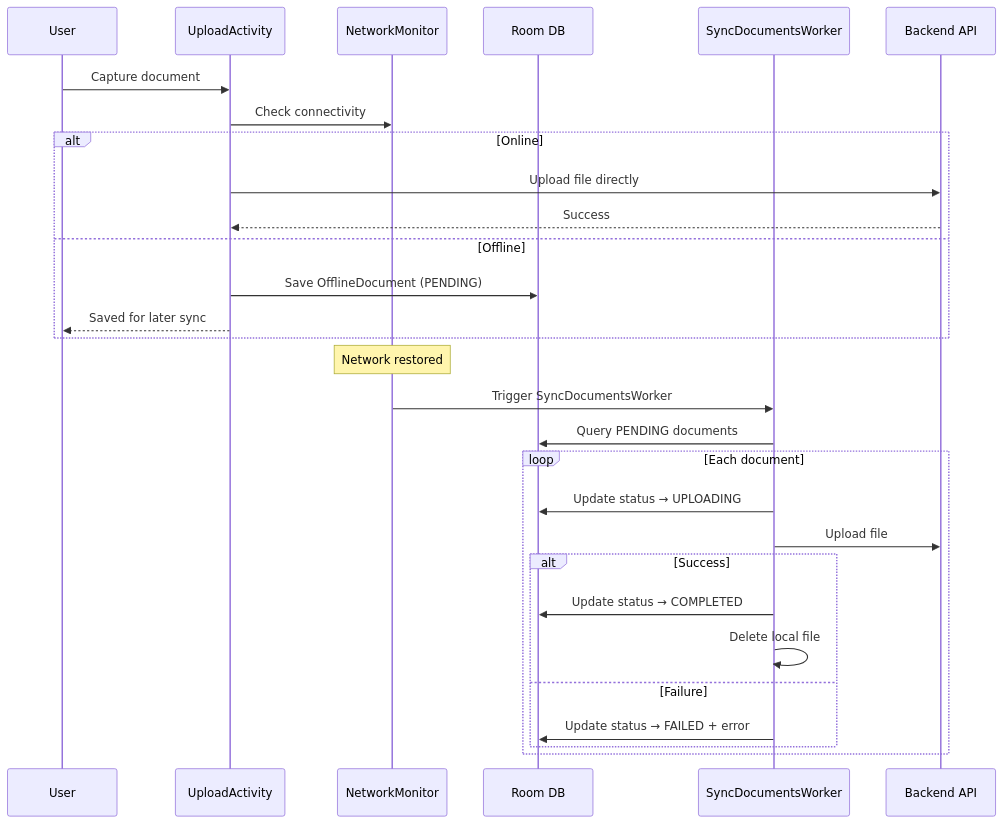
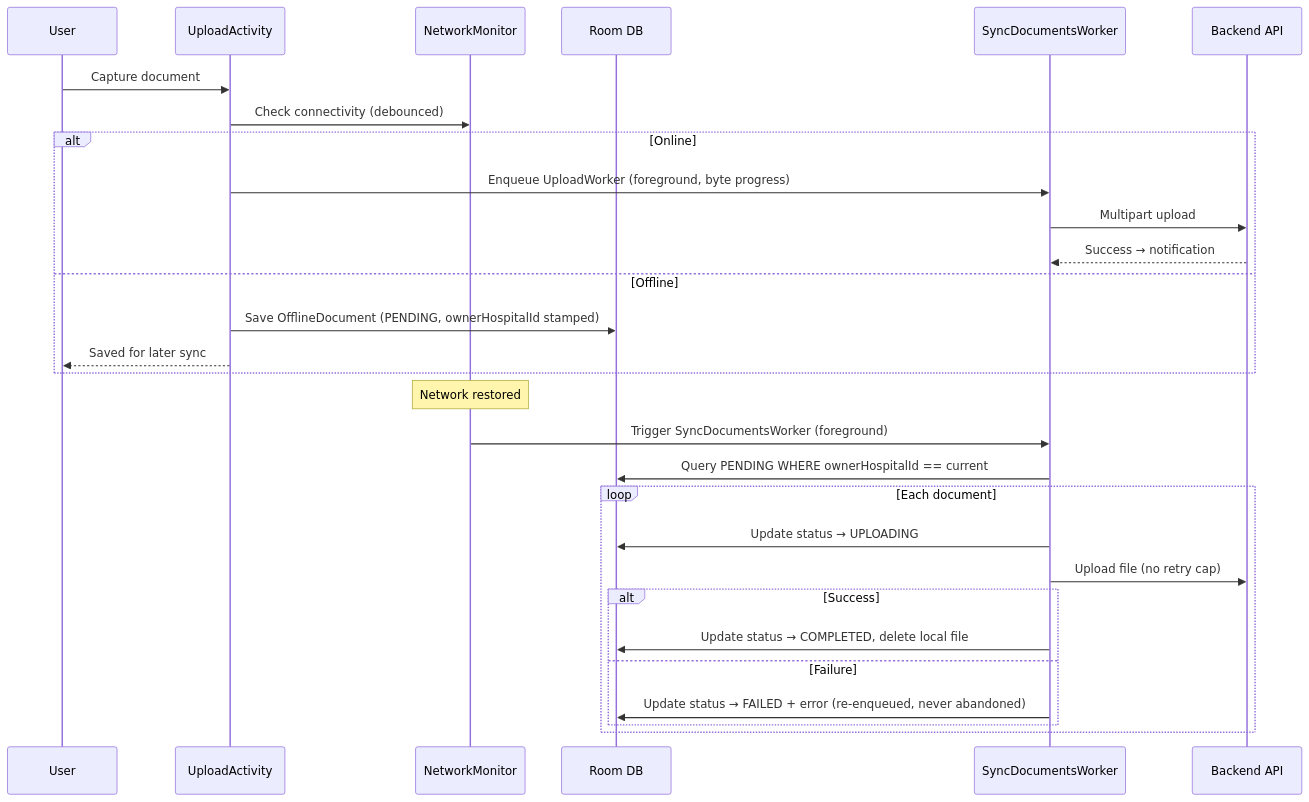
The third of 5 diagrams in android-app/README.md (urvagandhi/Hospital-Management), drawn with Mermaid before and after one commit. The commit also changed other lines of this file and 17 other files, not shown here.

````diff
--- a/android-app/README.md
+++ b/android-app/README.md
@@ -118,34 +141,34 @@
 ```mermaid
 sequenceDiagram
     participant U as User
     participant A as UploadActivity
     participant N as NetworkMonitor
     participant R as Room DB
     participant W as SyncDocumentsWorker
     participant S as Backend API
 
     U->>A: Capture document
-    A->>N: Check connectivity
+    A->>N: Check connectivity (debounced)
 
     alt Online
-        A->>S: Upload file directly
-        S-->>A: Success
+        A->>W: Enqueue UploadWorker (foreground, byte progress)
+        W->>S: Multipart upload
+        S-->>W: Success → notification
     else Offline
-        A->>R: Save OfflineDocument (PENDING)
+        A->>R: Save OfflineDocument (PENDING, ownerHospitalId stamped)
         A-->>U: Saved for later sync
     end
 
     Note over N: Network restored
-    N->>W: Trigger SyncDocumentsWorker
-    W->>R: Query PENDING documents
+    N->>W: Trigger SyncDocumentsWorker (foreground)
+    W->>R: Query PENDING WHERE ownerHospitalId == current
     loop Each document
         W->>R: Update status → UPLOADING
-        W->>S: Upload file
+        W->>S: Upload file (no retry cap)
         alt Success
-            W->>R: Update status → COMPLETED
-            W->>W: Delete local file
+            W->>R: Update status → COMPLETED, delete local file
         else Failure
-            W->>R: Update status → FAILED + error
+            W->>R: Update status → FAILED + error (re-enqueued, never abandoned)
         end
     end
 ```
````
